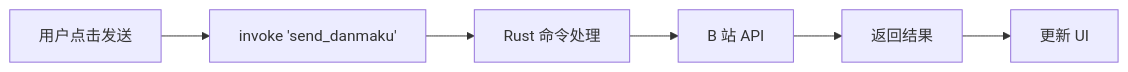
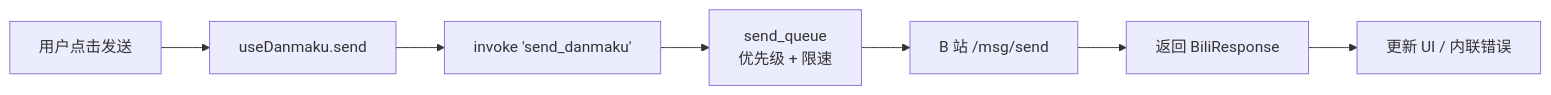
Before and after one commit to sfqy211/bilidanmu: the third of 4 diagrams in docs/docs/architecture/dataflow.md, drawn with Mermaid. The commit also changed other lines of this file and 29 other files, not shown here.

````diff
--- a/docs/docs/architecture/dataflow.md
+++ b/docs/docs/architecture/dataflow.md
@@ -93,8 +103,9 @@
 ```mermaid
 flowchart LR
-    A["用户点击发送"] --> B["invoke 'send_danmaku'"]
-    B --> C["Rust 命令处理"]
-    C --> D["B 站 API"]
-    D --> E["返回结果"]
-    E --> F["更新 UI"]
+    A["用户点击发送"] --> B["useDanmaku.send"]
+    B --> C["invoke 'send_danmaku'"]
+    C --> D["send_queue<br/>优先级 + 限速"]
+    D --> E["B 站 /msg/send"]
+    E --> F["返回 BiliResponse"]
+    F --> G["更新 UI / 内联错误"]
 ```
````
